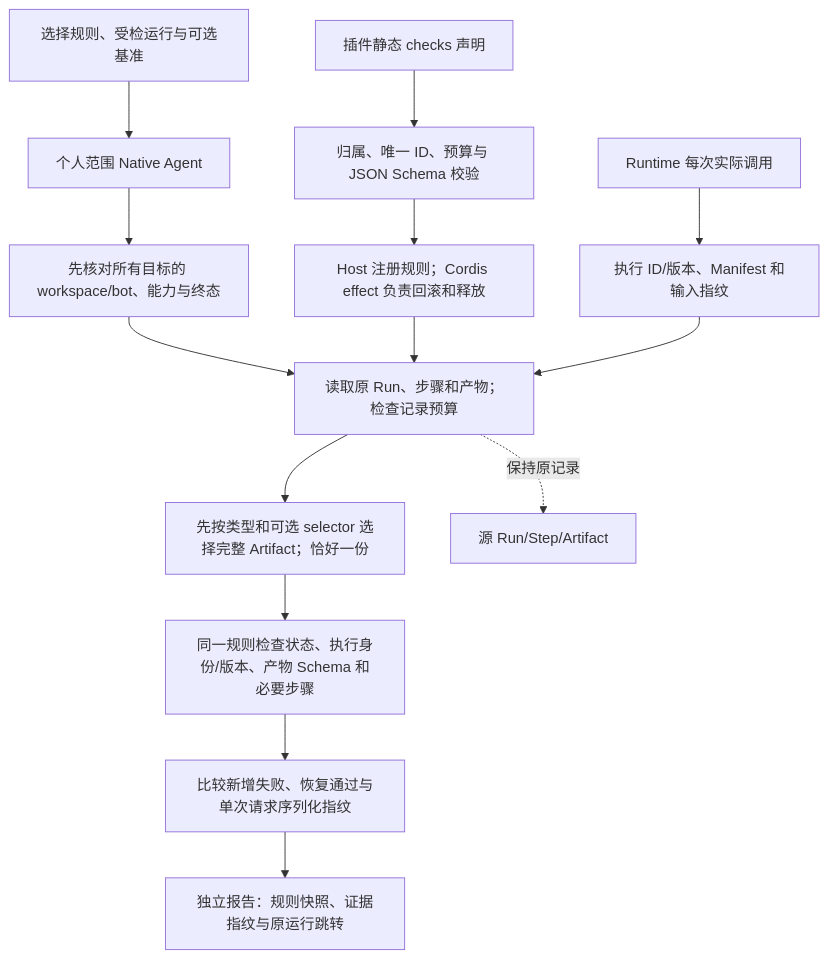
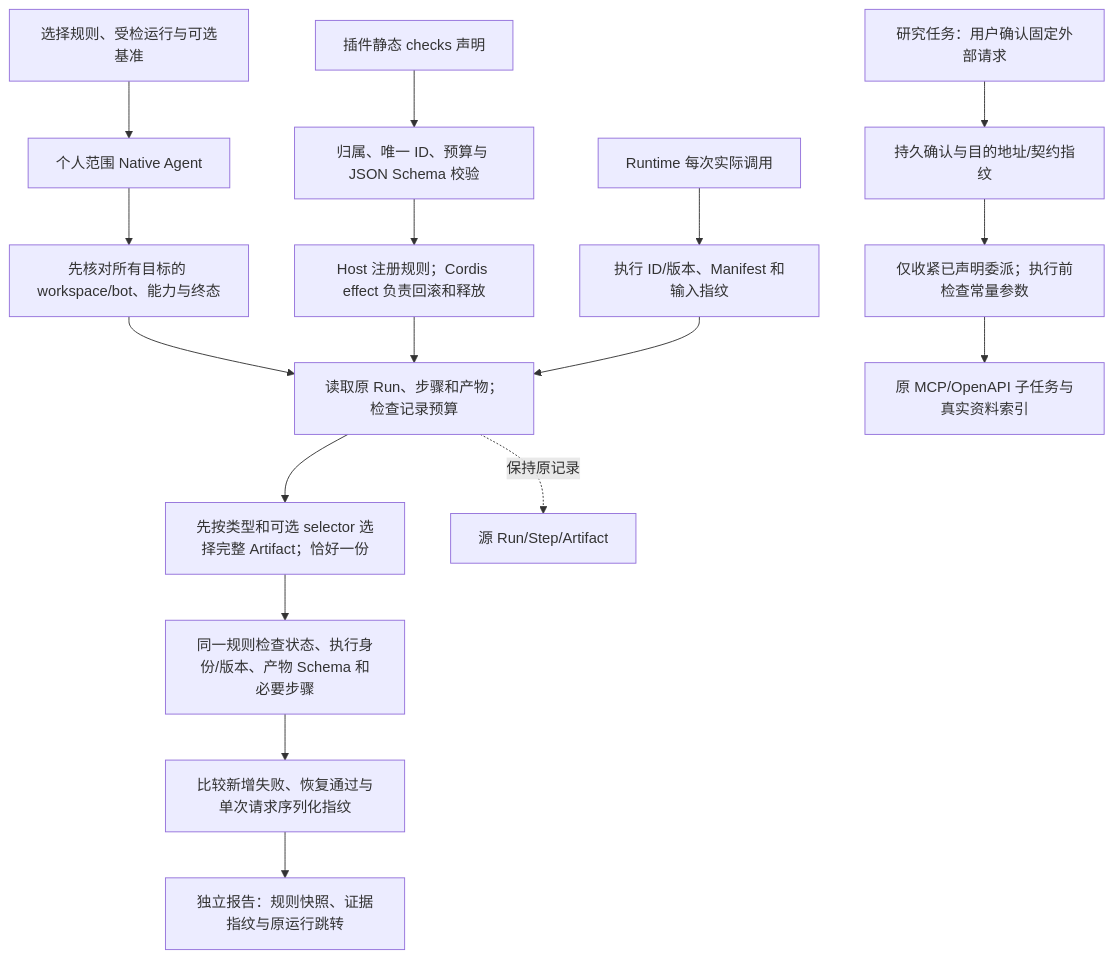
One commit to KlayPeter/AI-Delivery-Ops-Agent changed the first of 2 diagrams in backend/src/quality/FEATURE.md. Above: the diagram before and after it, drawn with Mermaid. The commit also changed other lines of this file and 29 other files, not shown here.

````diff
--- a/backend/src/quality/FEATURE.md
+++ b/backend/src/quality/FEATURE.md
@@ -20,16 +20,19 @@
 ```mermaid
 flowchart TD
     P[插件静态 checks 声明] --> V[归属、唯一 ID、预算与 JSON Schema 校验]
     V --> REG[Host 注册规则；Cordis effect 负责回滚和释放]
     U[选择规则、受检运行与可选基准] --> A[个人范围 Native Agent]
     A --> S[先核对所有目标的 workspace/bot、能力与终态]
     S --> R[读取原 Run、步骤和产物；检查记录预算]
     REG --> R
     R --> SELECT[先按类型和可选 selector 选择完整 Artifact；恰好一份]
     SELECT --> C[同一规则检查状态、执行身份/版本、产物 Schema 和必要步骤]
     C --> DIFF[比较新增失败、恢复通过与单次请求序列化指纹]
     DIFF --> O[独立报告：规则快照、证据指纹与原运行跳转]
     R -. 保持原记录 .-> OLD[源 Run/Step/Artifact]
     RT[Runtime 每次实际调用] --> SNAP[执行 ID/版本、Manifest 和输入指纹]
     SNAP --> R
+    RFIX[研究任务：用户确认固定外部请求] --> RSNAP[持久确认与目的地址/契约指纹]
+    RSNAP --> RPOL[仅收紧已声明委派；执行前检查常量参数]
+    RPOL --> RCHILD[原 MCP/OpenAPI 子任务与真实资料索引]
 ```
````
